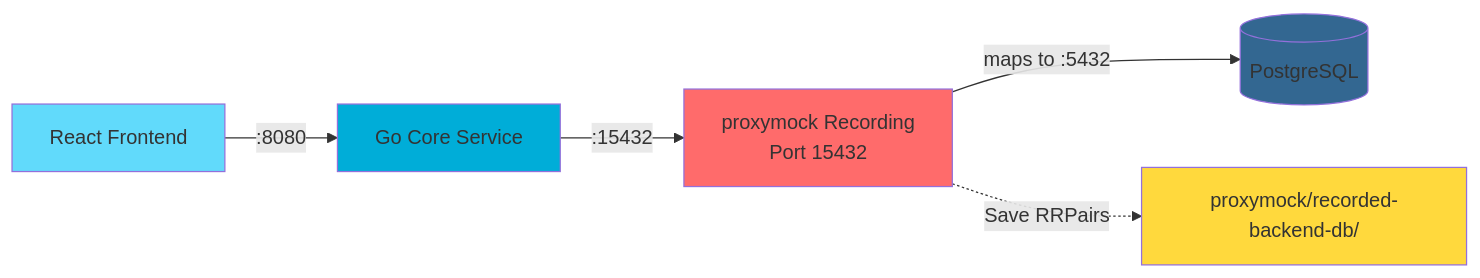
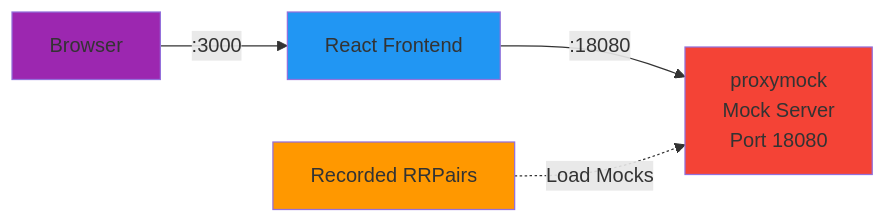
Before and after one commit to kenahrens/crm-demo: the second of 4 diagrams in proxymock/instructions.md, drawn with Mermaid. The commit also changed other lines of this file and 1 other file, not shown here.

````diff
--- a/proxymock/instructions.md
+++ b/proxymock/instructions.md
@@ -129,14 +104,12 @@
 ```mermaid
 graph LR
-    Frontend[React Frontend] -->|:8080| CoreService[Go Core Service]
-    CoreService -->|:15432| PMRec[proxymock Recording<br/>Port 15432]
-    PMRec -->|maps to :5432| Postgres[(PostgreSQL)]
+    Browser[Browser] -->|:3000| Frontend[React Frontend]
+    Frontend -->|:18080| PMMock[proxymock<br/>Mock Server<br/>Port 18080]
 
-    PMRec -.->|Save RRPairs| DBMockFiles[proxymock/recorded-backend-db/]
+    RecordedFiles[Recorded RRPairs] -.->|Load Mocks| PMMock
 
-    style Frontend fill:#61dafb
-    style CoreService fill:#00add8
-    style PMRec fill:#ff6b6b
-    style Postgres fill:#336791
-    style DBMockFiles fill:#ffd93d
+    style Browser fill:#9C27B0
+    style Frontend fill:#2196F3
+    style PMMock fill:#F44336
+    style RecordedFiles fill:#FF9800
 ```
````
